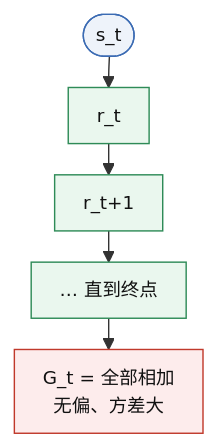
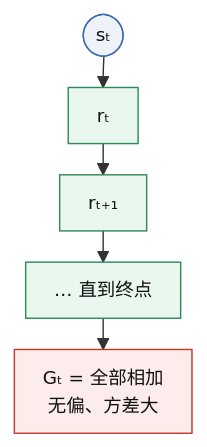
Diagram 18 of 22 in knowledge/B-alignment/B1-ppo-human-preferences-2017.md (xiachenfeng/openai-innovation-learning), drawn with Mermaid before and after one commit. The commit also changed other lines of this file and 3 other files, not shown here.

````diff
--- a/knowledge/B-alignment/B1-ppo-human-preferences-2017.md
+++ b/knowledge/B-alignment/B1-ppo-human-preferences-2017.md
@@ -885,11 +885,11 @@
 ```mermaid
 %%{init: {"flowchart": {"nodeSpacing": 24, "rankSpacing": 22, "padding": 10}, "themeVariables": {"fontSize": "13px"}}}%%
 flowchart TB
-  A(["s_t"]):::data --> B["r_t"]:::human --> C["r_t+1"]:::human --> D["… 直到终点"]:::human
-  D --> G["G_t = 全部相加<br/>无偏、方差大"]:::loss
+  A(["sₜ"]):::data --> B["rₜ"]:::human --> C["rₜ₊₁"]:::human --> D["… 直到终点"]:::human
+  D --> G["Gₜ = 全部相加<br/>无偏、方差大"]:::loss
   classDef data  fill:#EEF3FA,stroke:#3B6BB3,color:#111
   classDef model fill:#FFF4E0,stroke:#D98E04,color:#111
   classDef frozen fill:#F2F2F2,stroke:#888,color:#333,stroke-dasharray:4 3
   classDef loss  fill:#FDECEC,stroke:#C0392B,color:#111
   classDef human fill:#EAF7EE,stroke:#2E8B57,color:#111
 ```
````
